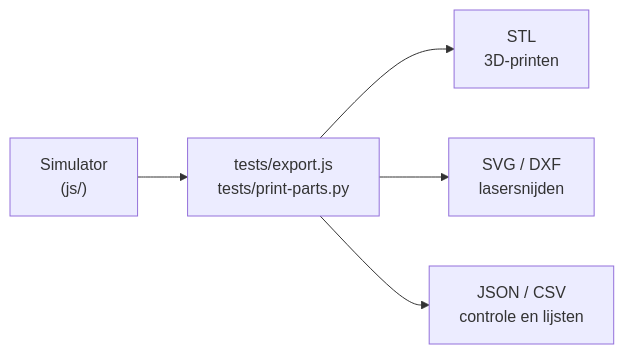
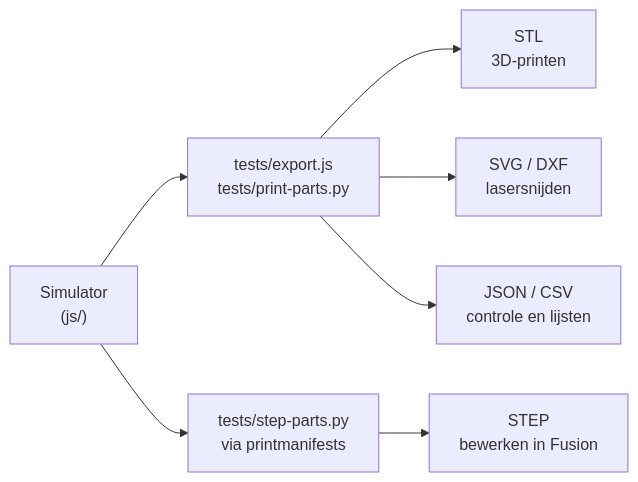
The diagram in Software/Simulator/exports/README.md (vives-project-xp/Motio), drawn with Mermaid before and after one commit. The commit also changed other lines of this file and 24 other files, not shown here.

````diff
--- a/Software/Simulator/exports/README.md
+++ b/Software/Simulator/exports/README.md
@@ -21,7 +22,9 @@
 ```mermaid
 flowchart LR
     sim["Simulator<br/>(js/)"] --> gen["tests/export.js<br/>tests/print-parts.py"]
     gen --> stl["STL<br/>3D-printen"]
+    sim --> cad["tests/step-parts.py<br/>via printmanifests"]
+    cad --> step["STEP<br/>bewerken in Fusion"]
     gen --> svg["SVG / DXF<br/>lasersnijden"]
     gen --> json["JSON / CSV<br/>controle en lijsten"]
 ```
````
